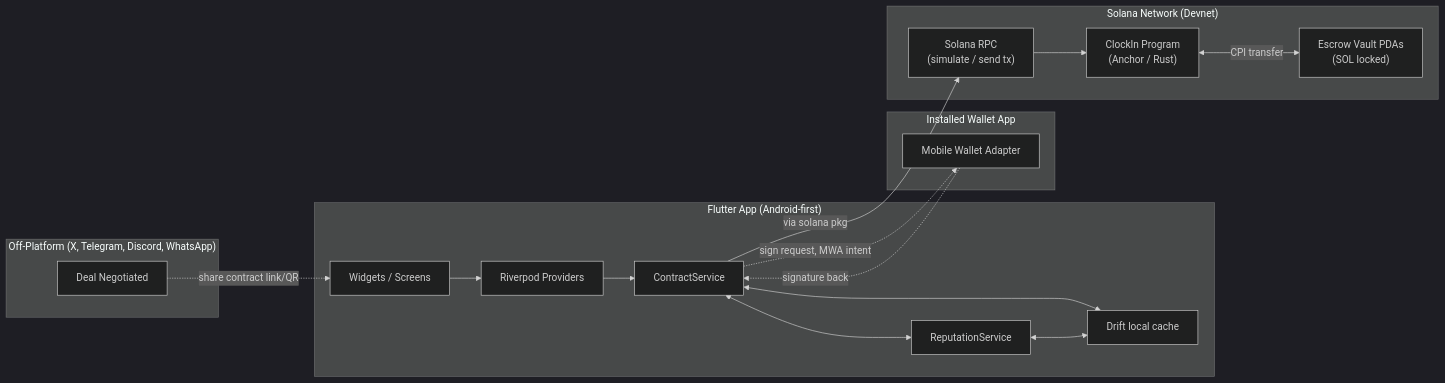
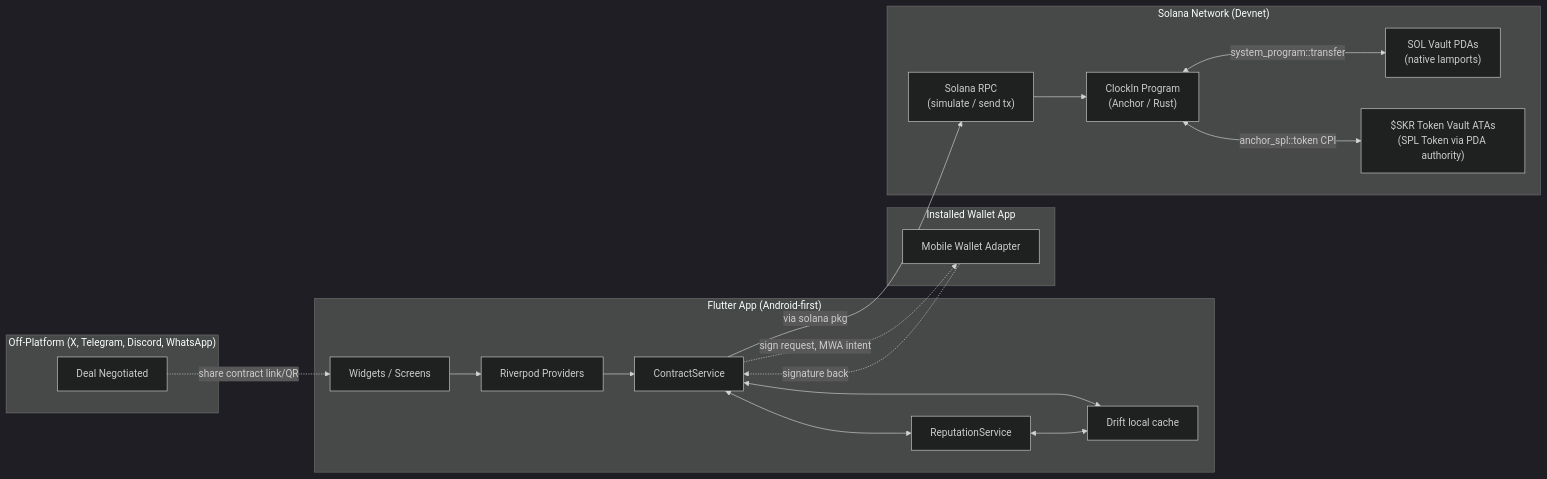
One commit to adewuyito/ClockIn changed the first of 2 diagrams in docs/ARCHITECTURE.md. Above: the diagram before and after it, drawn with Mermaid (dark theme). The commit also changed other lines of this file, not shown here.

Commit message:
docs(architecture): add  token escrow design (Approach B) and Seeker Verified staking concept

````diff
--- a/docs/ARCHITECTURE.md
+++ b/docs/ARCHITECTURE.md
@@ -9,30 +9,32 @@
 ```mermaid
 flowchart LR
     subgraph ext["Off-Platform (X, Telegram, Discord, WhatsApp)"]
         DEAL["Deal Negotiated"]
     end
     subgraph app["Flutter App (Android-first)"]
         UI["Widgets / Screens"]
         VM["Riverpod Providers"]
         CS["ContractService"]
         RS["ReputationService"]
         DB["Drift local cache"]
     end
     subgraph wallet["Installed Wallet App"]
         MWA["Mobile Wallet Adapter"]
     end
     subgraph net["Solana Network (Devnet)"]
         RPC["Solana RPC\n(simulate / send tx)"]
         PROG["ClockIn Program\n(Anchor / Rust)"]
-        VAULT["Escrow Vault PDAs\n(SOL locked)"]
+        VAULT_SOL["SOL Vault PDAs\n(native lamports)"]
+        VAULT_SKR["$SKR Token Vault ATAs\n(SPL Token via PDA authority)"]
     end
     DEAL -.->|share contract link/QR| UI
     UI --> VM --> CS
     CS <--> RS
     CS <--> DB
     RS <--> DB
     CS -->|via solana pkg| RPC --> PROG
-    PROG <-->|CPI transfer| VAULT
+    PROG <-->|system_program::transfer| VAULT_SOL
+    PROG <-->|anchor_spl::token CPI| VAULT_SKR
     CS -.->|sign request, MWA intent| MWA
     MWA -.->|signature back| CS
 ```
````
